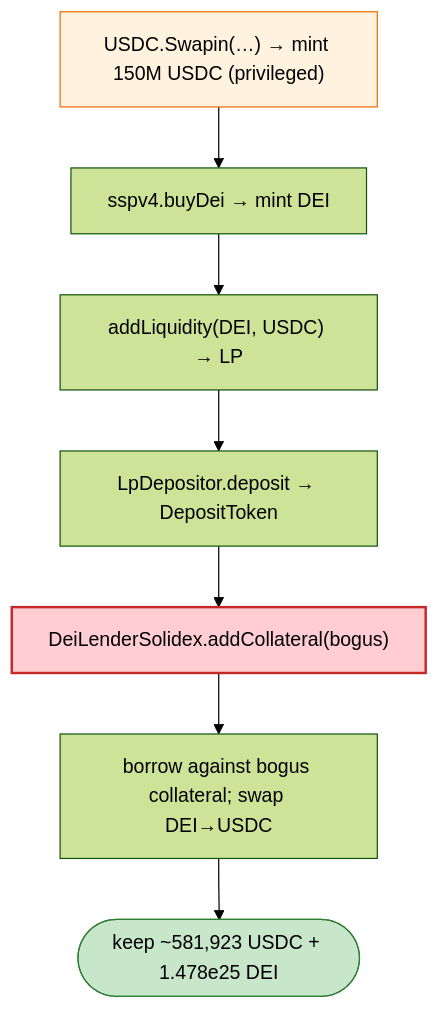
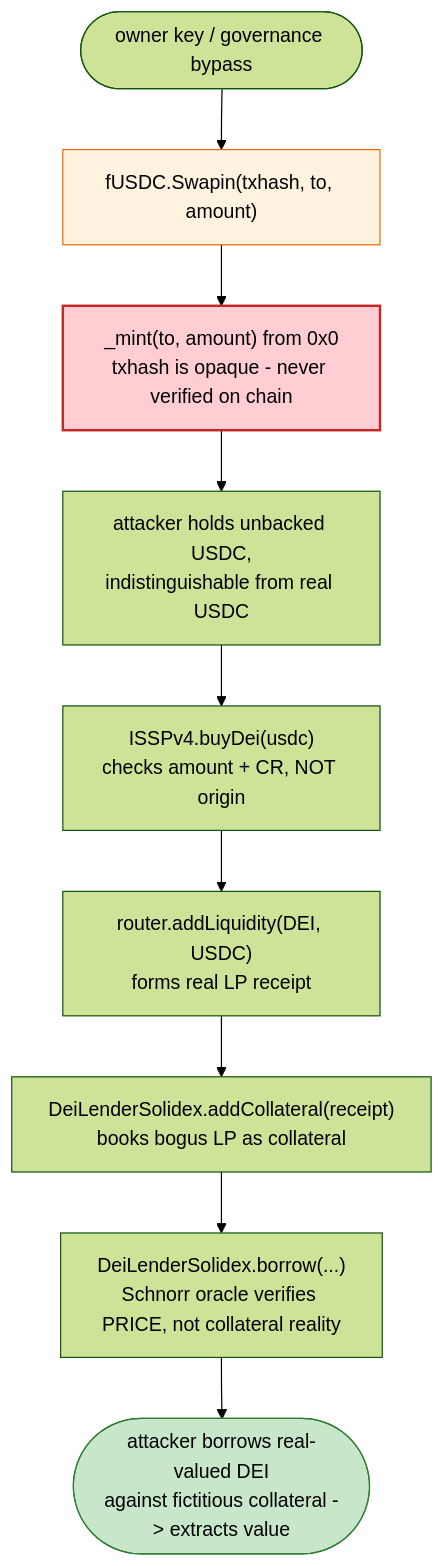
One commit to sanbir/evm-hack-registry changed the third of 4 diagrams in 2022-04-deus_exp/deus_exp.md. Above: the diagram before and after it, drawn with Mermaid (forest theme). The commit also changed other lines of this file and 52 other files, not shown here.

````diff
--- a/2022-04-deus_exp/deus_exp.md
+++ b/2022-04-deus_exp/deus_exp.md
@@ -57,13 +282,15 @@
 ```mermaid
 flowchart TD
-    SW["USDC.Swapin(…) → mint 150M USDC (privileged)"] --> BD["sspv4.buyDei → mint DEI"]
-    BD --> LP["addLiquidity(DEI, USDC) → LP"]
-    LP --> DEP["LpDepositor.deposit → DepositToken"]
-    DEP --> COL["DeiLenderSolidex.addCollateral(bogus)"]
-    COL --> BR["borrow against bogus collateral; swap DEI→USDC"]
-    BR --> OUT(["keep ~581,923 USDC + 1.478e25 DEI"])
+    Start(["owner key / governance bypass"]) --> Swap["fUSDC.Swapin(txhash, to, amount)"]
+    Swap --> M["_mint(to, amount) from 0x0<br/>txhash is opaque - never verified on chain"]
+    M --> Now["attacker holds unbacked USDC,<br/>indistinguishable from real USDC"]
+    Now --> Buy["ISSPv4.buyDei(usdc)<br/>checks amount + CR, NOT origin"]
+    Buy --> LP["router.addLiquidity(DEI, USDC)<br/>forms real LP receipt"]
+    LP --> Coll["DeiLenderSolidex.addCollateral(receipt)<br/>books bogus LP as collateral"]
+    Coll --> Bor["DeiLenderSolidex.borrow(...)<br/>Schnorr oracle verifies PRICE, not collateral reality"]
+    Bor --> Ext(["attacker borrows real-valued DEI<br/>against fictitious collateral -> extracts value"])
 
-    style SW fill:#fff3e0,stroke:#ef6c00
-    style COL fill:#ffcdd2,stroke:#c62828,stroke-width:2px
-    style OUT fill:#c8e6c9,stroke:#2e7d32
+    style M fill:#ffcdd2,stroke:#c62828,stroke-width:2px
+    style Ext fill:#c8e6c9,stroke:#2e7d32
+    style Swap fill:#fff3e0,stroke:#ef6c00
 ```
````
